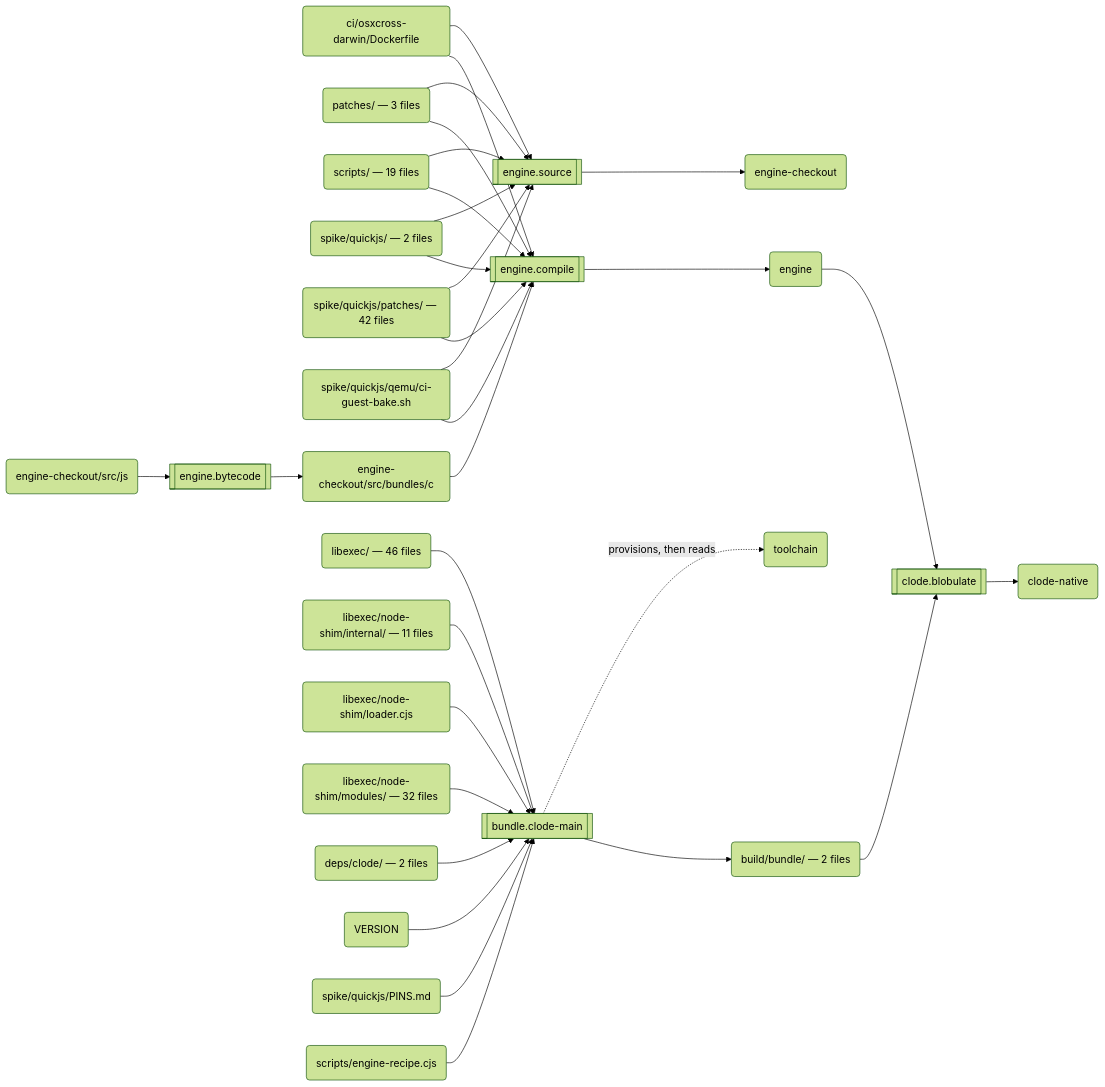
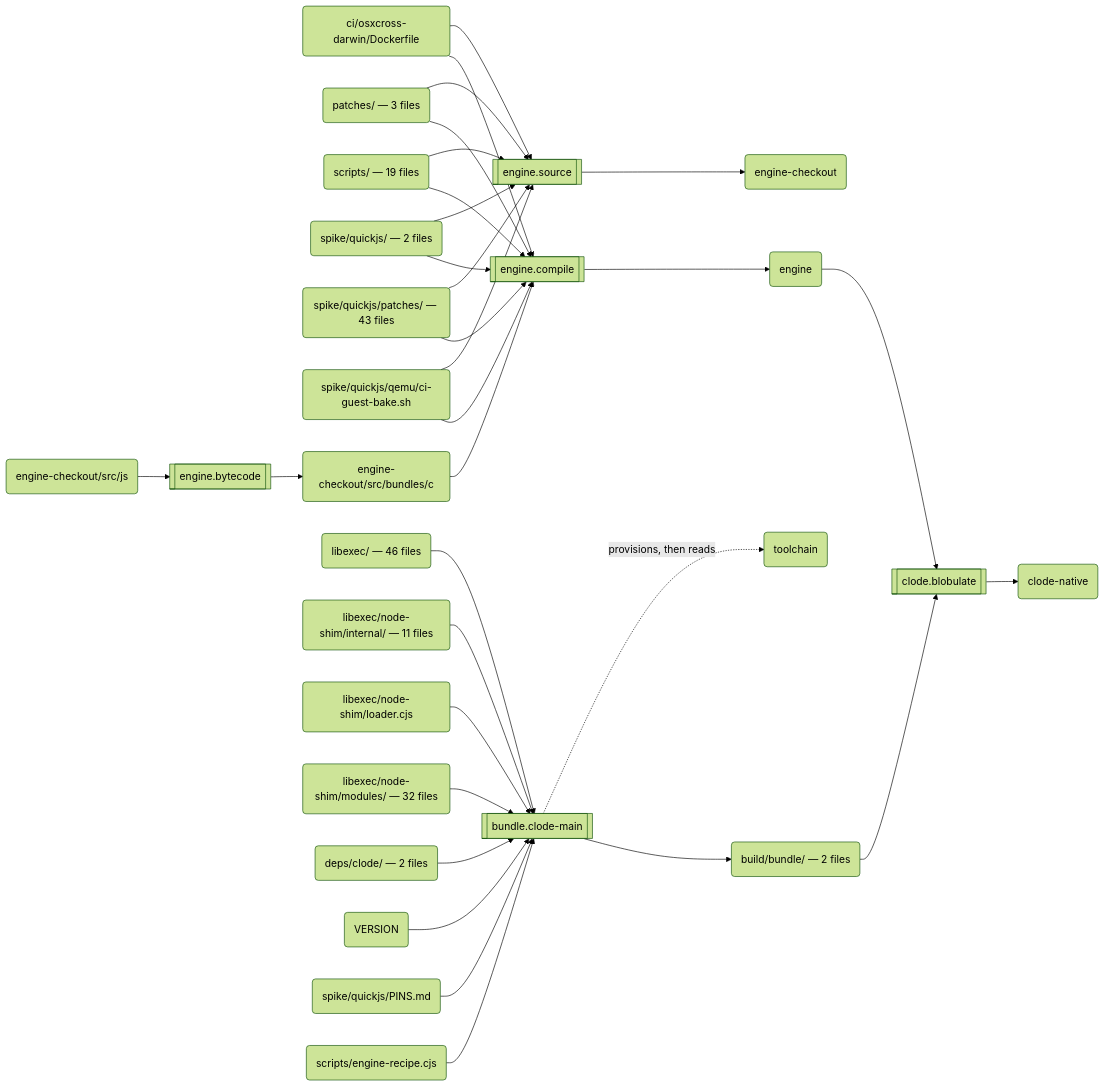
Before and after one commit to schmonz/clode: the second of 3 diagrams in docs/build.md, drawn with Mermaid (forest theme). The commit also changed other lines of this file and 8 other files, not shown here.

````diff
--- a/docs/build.md
+++ b/docs/build.md
@@ -123,59 +123,59 @@
 ```mermaid
 flowchart LR
   s0[["engine.source"]]
   a0("ci/osxcross-darwin/Dockerfile")
   a1("patches/ — 3 files")
   a2("scripts/ — 19 files")
   a3("spike/quickjs/ — 2 files")
-  a4("spike/quickjs/patches/ — 42 files")
+  a4("spike/quickjs/patches/ — 43 files")
   a5("spike/quickjs/qemu/ci-guest-bake.sh")
   a6("engine-checkout")
   s1[["engine.bytecode"]]
   a7("engine-checkout/src/js")
   a8("engine-checkout/src/bundles/c")
   s2[["engine.compile"]]
   a9("engine")
   s3[["bundle.clode-main"]]
   a10("libexec/ — 46 files")
   a11("libexec/node-shim/internal/ — 11 files")
   a12("libexec/node-shim/loader.cjs")
   a13("libexec/node-shim/modules/ — 32 files")
   a14("deps/clode/ — 2 files")
   a15("VERSION")
   a16("spike/quickjs/PINS.md")
   a17("scripts/engine-recipe.cjs")
   a18("toolchain")
   a19("build/bundle/ — 2 files")
   s4[["clode.blobulate"]]
   a20("clode-native")
   a0 --> s0
   a1 --> s0
   a2 --> s0
   a3 --> s0
   a4 --> s0
   a5 --> s0
   s0 --> a6
   a7 --> s1
   s1 --> a8
   a8 --> s2
   a0 --> s2
   a1 --> s2
   a2 --> s2
   a3 --> s2
   a4 --> s2
   a5 --> s2
   s2 --> a9
   a10 --> s3
   a11 --> s3
   a12 --> s3
   a13 --> s3
   a14 --> s3
   a15 --> s3
   a16 --> s3
   a17 --> s3
   s3 -.->|"provisions, then reads"| a18
   s3 --> a19
   a9 --> s4
   a19 --> s4
   s4 --> a20
 ```
````
